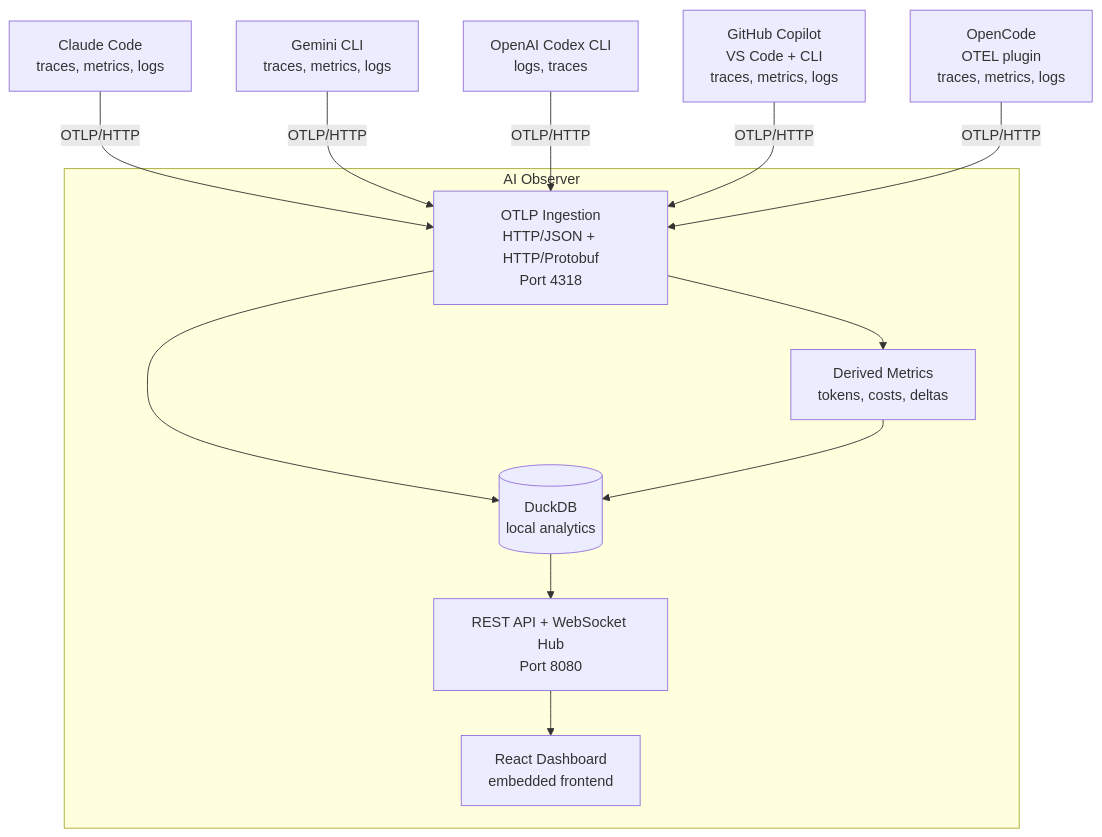
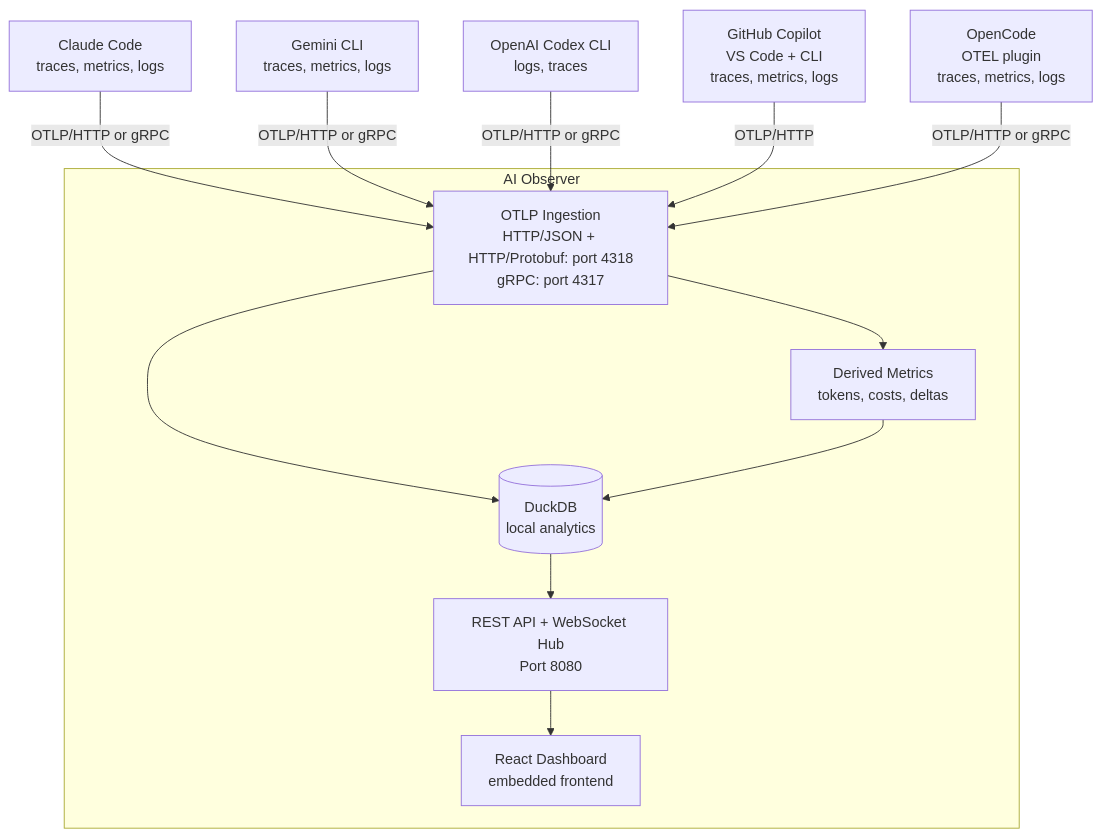
Before and after one commit to tobilg/ai-observer: the first of 4 diagrams in README.md, drawn with Mermaid. The commit also changed other lines of this file and 460 other files, not shown here.

````diff
--- a/README.md
+++ b/README.md
@@ -579,27 +693,27 @@
 ```mermaid
 flowchart TB
     claude[Claude Code<br/>traces, metrics, logs]
     gemini[Gemini CLI<br/>traces, metrics, logs]
     codex[OpenAI Codex CLI<br/>logs, traces]
     copilot[GitHub Copilot<br/>VS Code + CLI<br/>traces, metrics, logs]
     opencode[OpenCode<br/>OTEL plugin<br/>traces, metrics, logs]
 
     subgraph observer[AI Observer]
-        ingest[OTLP Ingestion<br/>HTTP/JSON + HTTP/Protobuf<br/>Port 4318]
+        ingest[OTLP Ingestion<br/>HTTP/JSON + HTTP/Protobuf: port 4318<br/>gRPC: port 4317]
         derived[Derived Metrics<br/>tokens, costs, deltas]
         db[(DuckDB<br/>local analytics)]
         api[REST API + WebSocket Hub<br/>Port 8080]
         ui[React Dashboard<br/>embedded frontend]
     end
 
-    claude -->|OTLP/HTTP| ingest
-    gemini -->|OTLP/HTTP| ingest
-    codex -->|OTLP/HTTP| ingest
+    claude -->|OTLP/HTTP or gRPC| ingest
+    gemini -->|OTLP/HTTP or gRPC| ingest
+    codex -->|OTLP/HTTP or gRPC| ingest
     copilot -->|OTLP/HTTP| ingest
-    opencode -->|OTLP/HTTP| ingest
+    opencode -->|OTLP/HTTP or gRPC| ingest
     ingest --> derived
     ingest --> db
     derived --> db
     db --> api
     api --> ui
 ```
````
